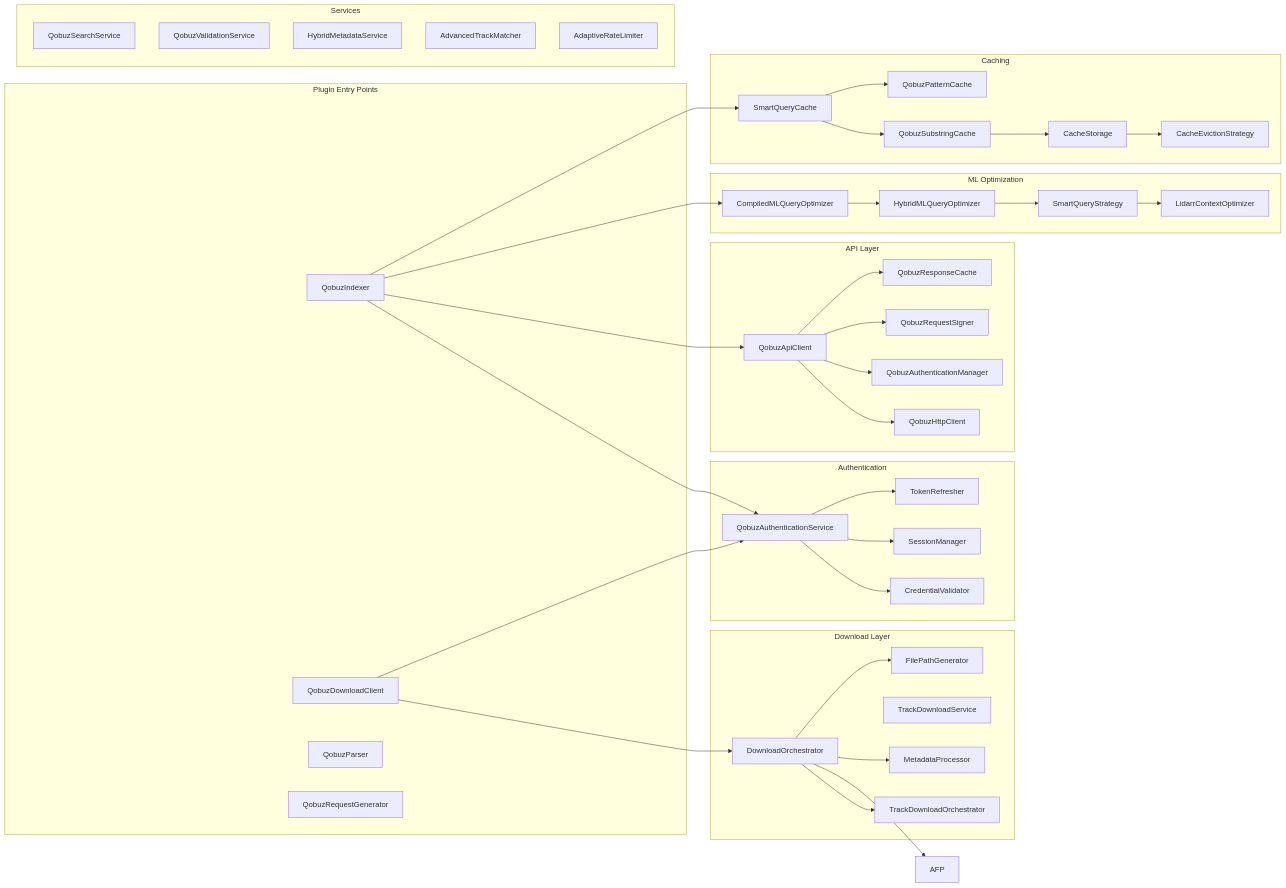
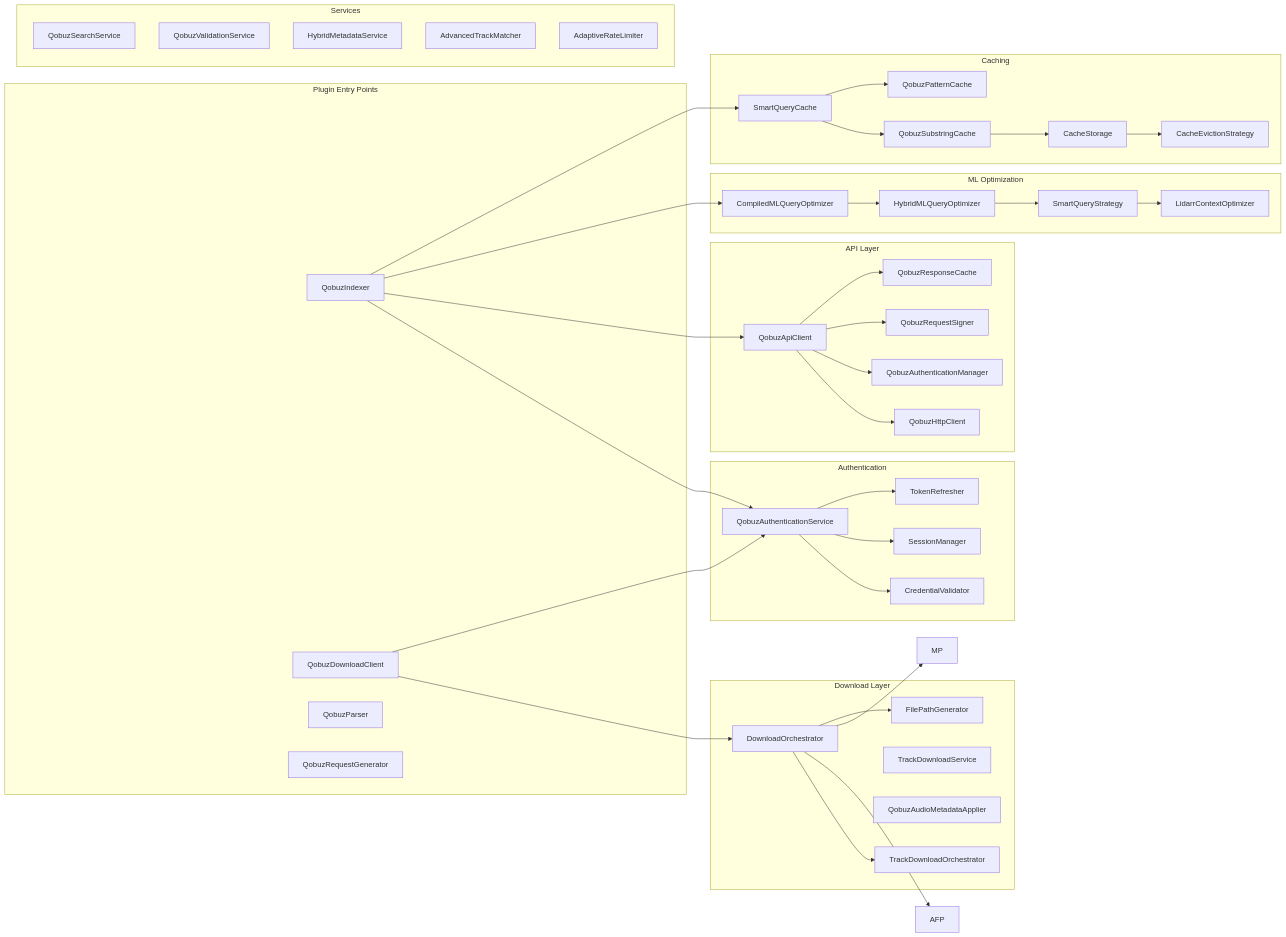
One commit to RicherTunes/Qobuzarr changed the second of 25 diagrams in docs/ARCHITECTURE.md. Above: the diagram before and after it, drawn with Mermaid. The commit also changed other lines of this file and 5 other files, not shown here.

```diff
--- a/docs/ARCHITECTURE.md
+++ b/docs/ARCHITECTURE.md
@@ -142,7 +142,7 @@
         DO[DownloadOrchestrator]
         TDO[TrackDownloadOrchestrator]
         TDS[TrackDownloadService]
-        MP[MetadataProcessor]
+        MAP[QobuzAudioMetadataApplier]
         FPG[FilePathGenerator]
     end
     
```
